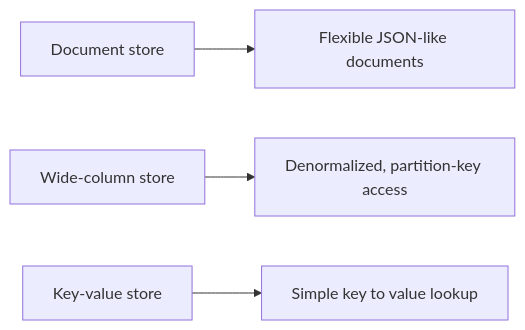
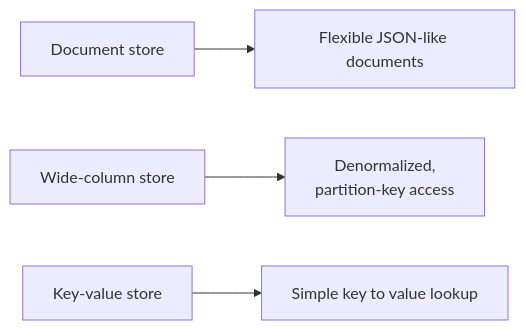
The second of 2 diagrams in system-design/database/sql-vs-nosql.md (zirachw/LockedIn), drawn with Mermaid before and after one commit.

Commit message:
feat: adjust sql vs nosql

````diff
--- a/system-design/database/sql-vs-nosql.md
+++ b/system-design/database/sql-vs-nosql.md
@@ -28,6 +28,6 @@
 ```mermaid
 flowchart LR
     D[Document store] --> N1[Flexible JSON-like documents]
-    W[Wide-column store] --> N2[Denormalized, partition-key access]
+    W[Wide-column store] --> N2[Denormalized,<br/>partition-key access]
     K[Key-value store] --> N3[Simple key to value lookup]
 ```
````
